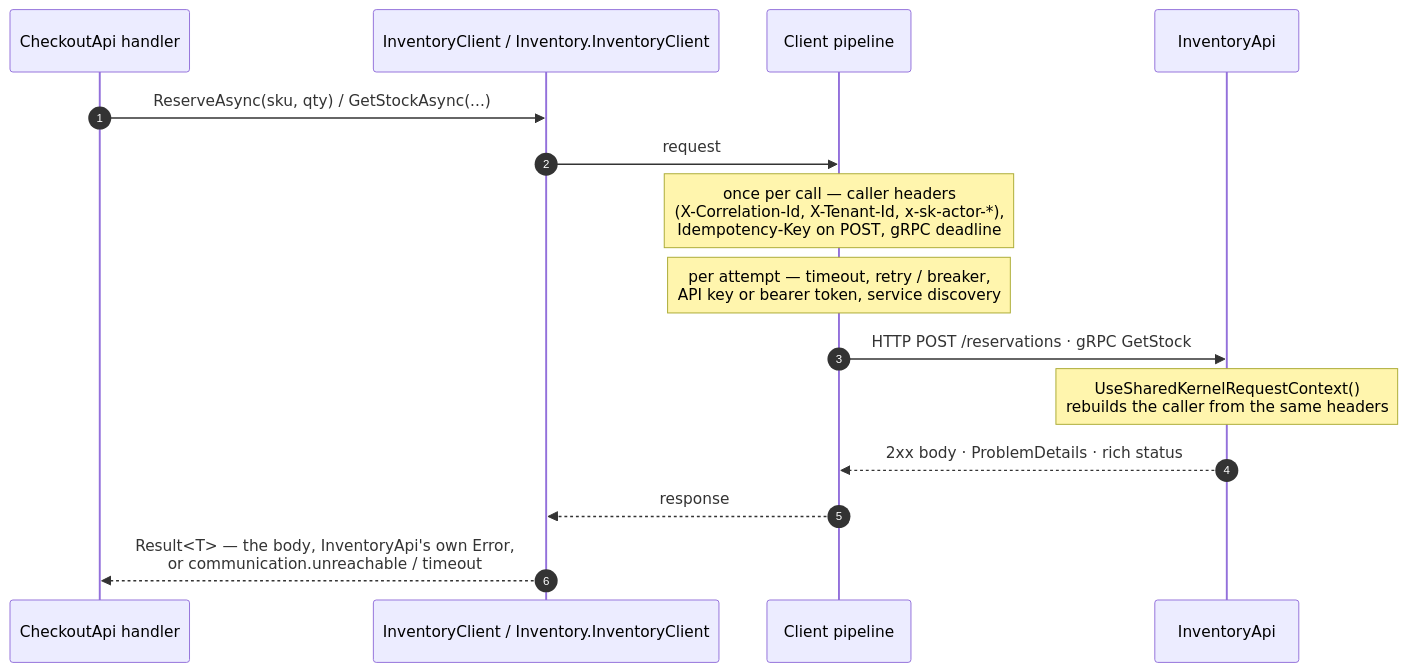
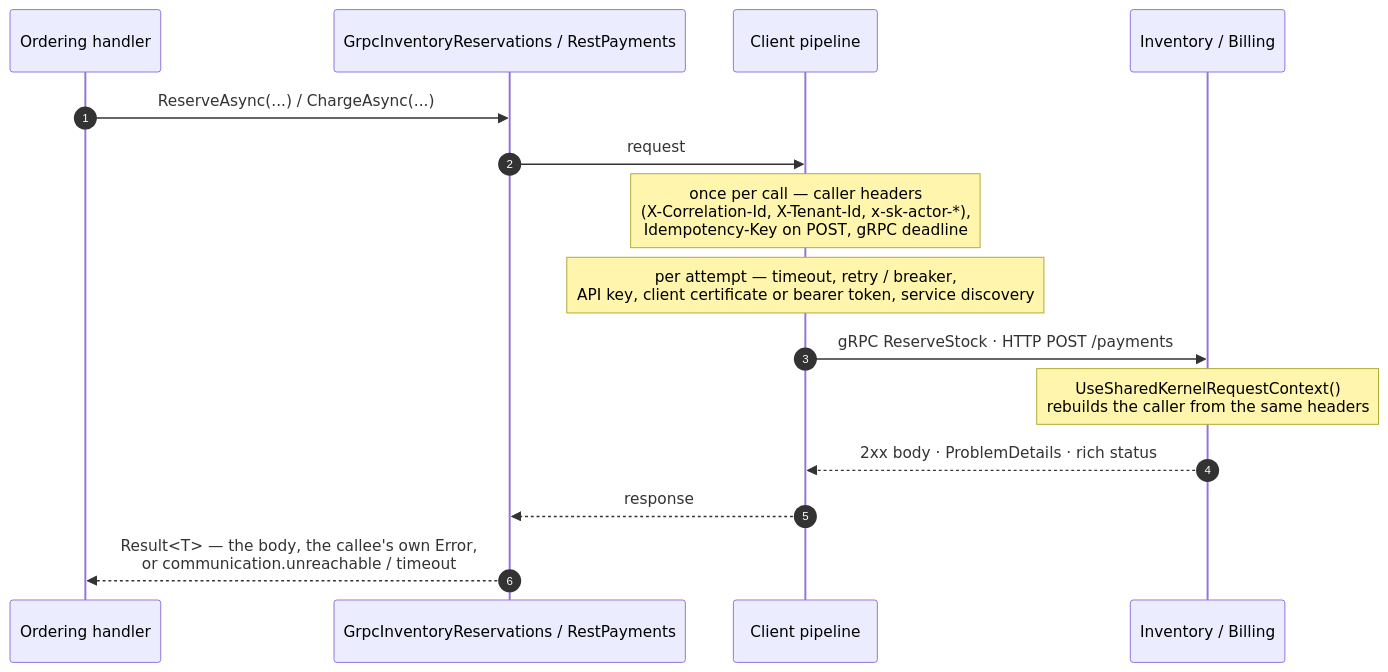
Before and after one commit to Gresta-Vertex-Labs/platform-shared-kernel: the diagram in src/Infrastructure/Communication/README.md, drawn with Mermaid. The commit also changed other lines of this file and 254 other files, not shown here.

````diff
--- a/src/Infrastructure/Communication/README.md
+++ b/src/Infrastructure/Communication/README.md
@@ -54,17 +55,17 @@
 ```mermaid
 sequenceDiagram
     autonumber
-    participant H as CheckoutApi handler
-    participant C as InventoryClient / Inventory.InventoryClient
+    participant H as Ordering handler
+    participant C as GrpcInventoryReservations / RestPayments
     participant P as Client pipeline
-    participant I as InventoryApi
-    H->>C: ReserveAsync(sku, qty) / GetStockAsync(...)
+    participant I as Inventory / Billing
+    H->>C: ReserveAsync(...) / ChargeAsync(...)
     C->>P: request
     Note over P: once per call — caller headers<br/>(X-Correlation-Id, X-Tenant-Id, x-sk-actor-*),<br/>Idempotency-Key on POST, gRPC deadline
-    Note over P: per attempt — timeout, retry / breaker,<br/>API key or bearer token, service discovery
-    P->>I: HTTP POST /reservations · gRPC GetStock
+    Note over P: per attempt — timeout, retry / breaker,<br/>API key, client certificate or bearer token, service discovery
+    P->>I: gRPC ReserveStock · HTTP POST /payments
     Note over I: UseSharedKernelRequestContext()<br/>rebuilds the caller from the same headers
     I-->>P: 2xx body · ProblemDetails · rich status
     P-->>C: response
-    C-->>H: Result<T> — the body, InventoryApi's own Error,<br/>or communication.unreachable / timeout
+    C-->>H: Result<T> — the body, the callee's own Error,<br/>or communication.unreachable / timeout
 ```
````
